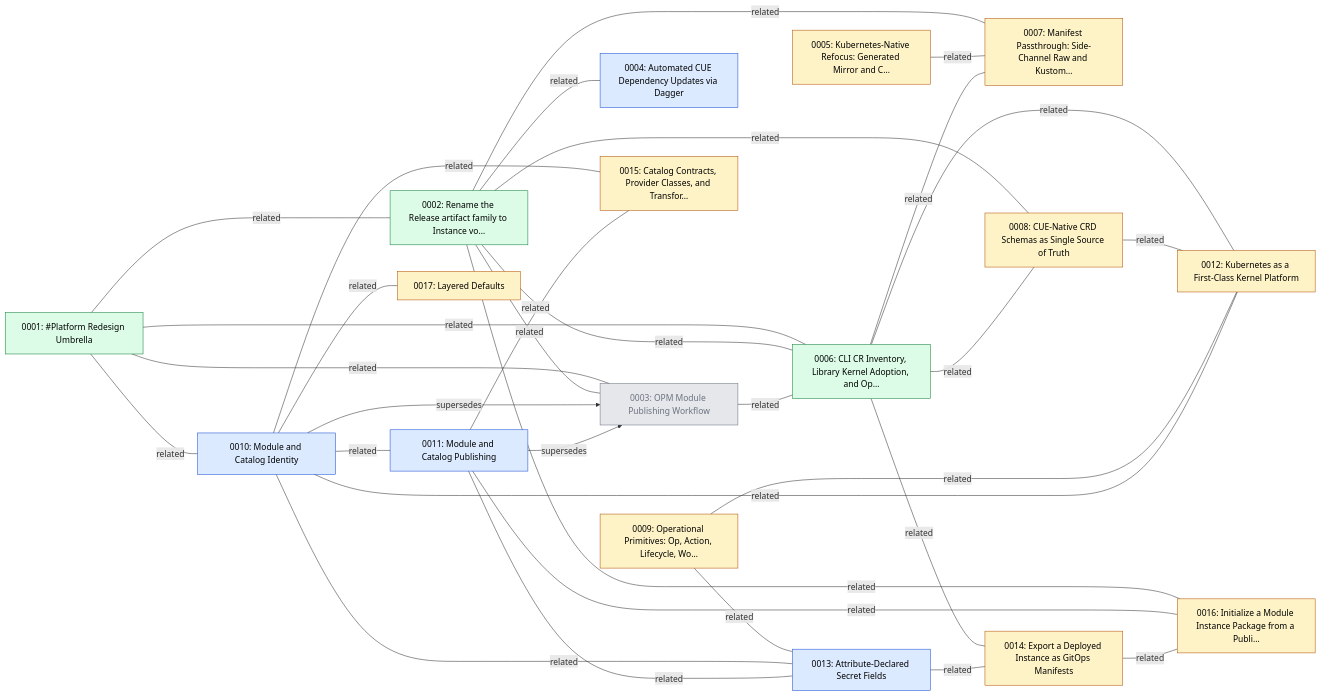
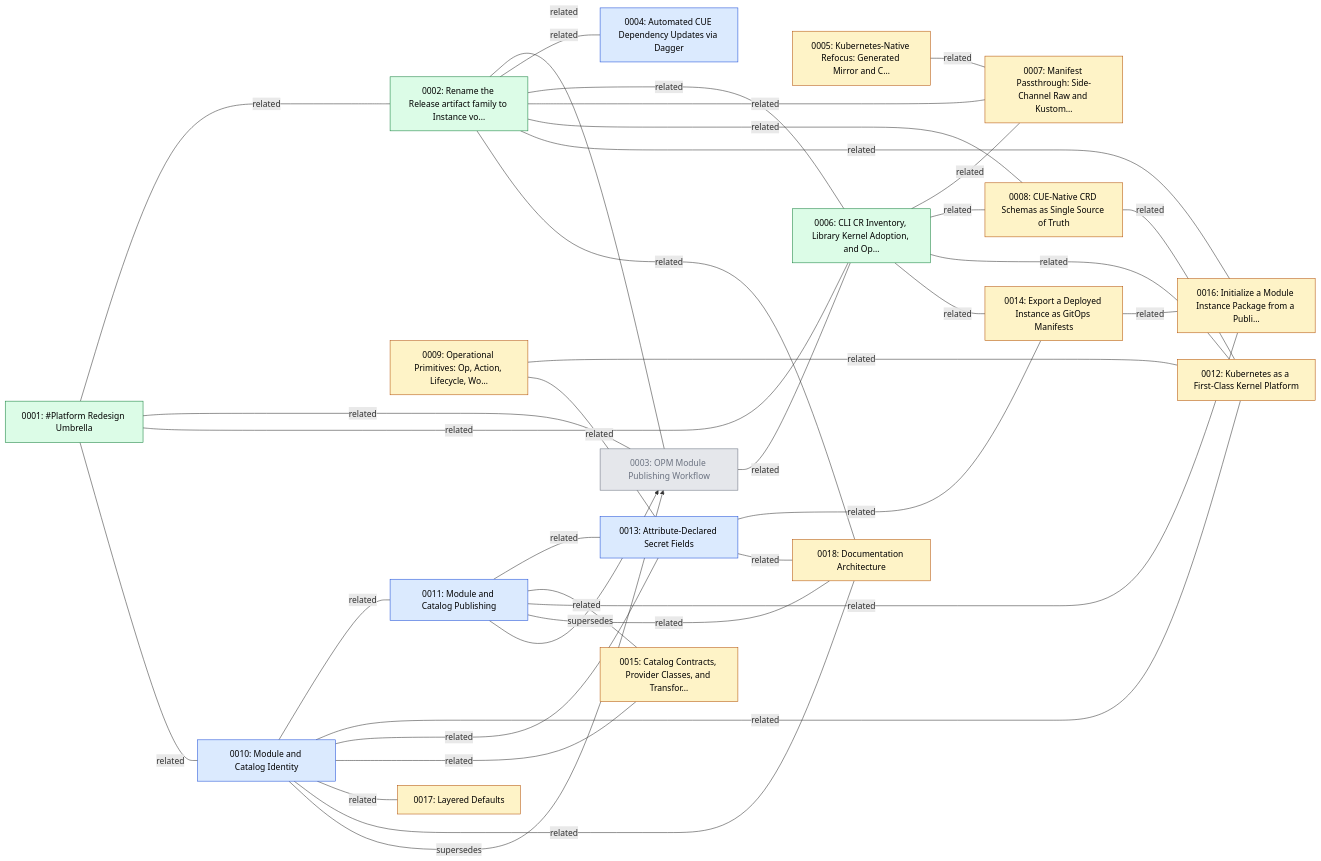
The first of 2 diagrams in GRAPH.md (open-platform-model/enhancements), drawn with Mermaid before and after one commit. The commit also changed 12 other files, not shown here.

First line of the commit message:
feat(0018): add the documentation architecture enhancement

````diff
--- a/GRAPH.md
+++ b/GRAPH.md
@@ -5,58 +5,63 @@
 ```mermaid
 graph LR
   classDef draft       fill:#fef3c7,stroke:#b45309,color:#000
   classDef accepted    fill:#dbeafe,stroke:#1d4ed8,color:#000
   classDef implemented fill:#dcfce7,stroke:#15803d,color:#000
   classDef superseded  fill:#e5e7eb,stroke:#6b7280,color:#6b7280
   classDef legacy      fill:#fafafa,stroke:#9ca3af,color:#6b7280,stroke-dasharray:3 3
 
   N0001["0001: #Platform Redesign Umbrella"]:::implemented
   N0002["0002: Rename the Release artifact family to Instance vo…"]:::implemented
   N0003["0003: OPM Module Publishing Workflow"]:::superseded
   N0004["0004: Automated CUE Dependency Updates via Dagger"]:::accepted
   N0005["0005: Kubernetes-Native Refocus: Generated Mirror and C…"]:::draft
   N0006["0006: CLI CR Inventory, Library Kernel Adoption, and Op…"]:::implemented
   N0007["0007: Manifest Passthrough: Side-Channel Raw and Kustom…"]:::draft
   N0008["0008: CUE-Native CRD Schemas as Single Source of Truth"]:::draft
   N0009["0009: Operational Primitives: Op, Action, Lifecycle, Wo…"]:::draft
   N0010["0010: Module and Catalog Identity"]:::accepted
   N0011["0011: Module and Catalog Publishing"]:::accepted
   N0012["0012: Kubernetes as a First-Class Kernel Platform"]:::draft
   N0013["0013: Attribute-Declared Secret Fields"]:::accepted
   N0014["0014: Export a Deployed Instance as GitOps Manifests"]:::draft
   N0015["0015: Catalog Contracts, Provider Classes, and Transfor…"]:::draft
   N0016["0016: Initialize a Module Instance Package from a Publi…"]:::draft
   N0017["0017: Layered Defaults"]:::draft
+  N0018["0018: Documentation Architecture"]:::draft
 
   N0001 ---|related| N0002
   N0001 ---|related| N0003
   N0001 ---|related| N0006
   N0001 ---|related| N0010
   N0002 ---|related| N0003
   N0002 ---|related| N0004
   N0002 ---|related| N0006
   N0002 ---|related| N0007
   N0002 ---|related| N0008
   N0002 ---|related| N0016
+  N0002 ---|related| N0018
   N0003 ---|related| N0006
   N0005 ---|related| N0007
   N0006 ---|related| N0007
   N0006 ---|related| N0008
   N0006 ---|related| N0012
   N0006 ---|related| N0014
   N0008 ---|related| N0012
   N0009 ---|related| N0012
   N0009 ---|related| N0013
   N0010 ---|related| N0011
   N0010 ---|related| N0012
   N0010 ---|related| N0013
   N0010 ---|related| N0015
   N0010 ---|related| N0017
+  N0010 ---|related| N0018
   N0011 ---|related| N0013
   N0011 ---|related| N0015
   N0011 ---|related| N0016
+  N0011 ---|related| N0018
   N0013 ---|related| N0014
+  N0013 ---|related| N0018
   N0014 ---|related| N0016
   N0010 -->|supersedes| N0003
   N0011 -->|supersedes| N0003
 ```
````
